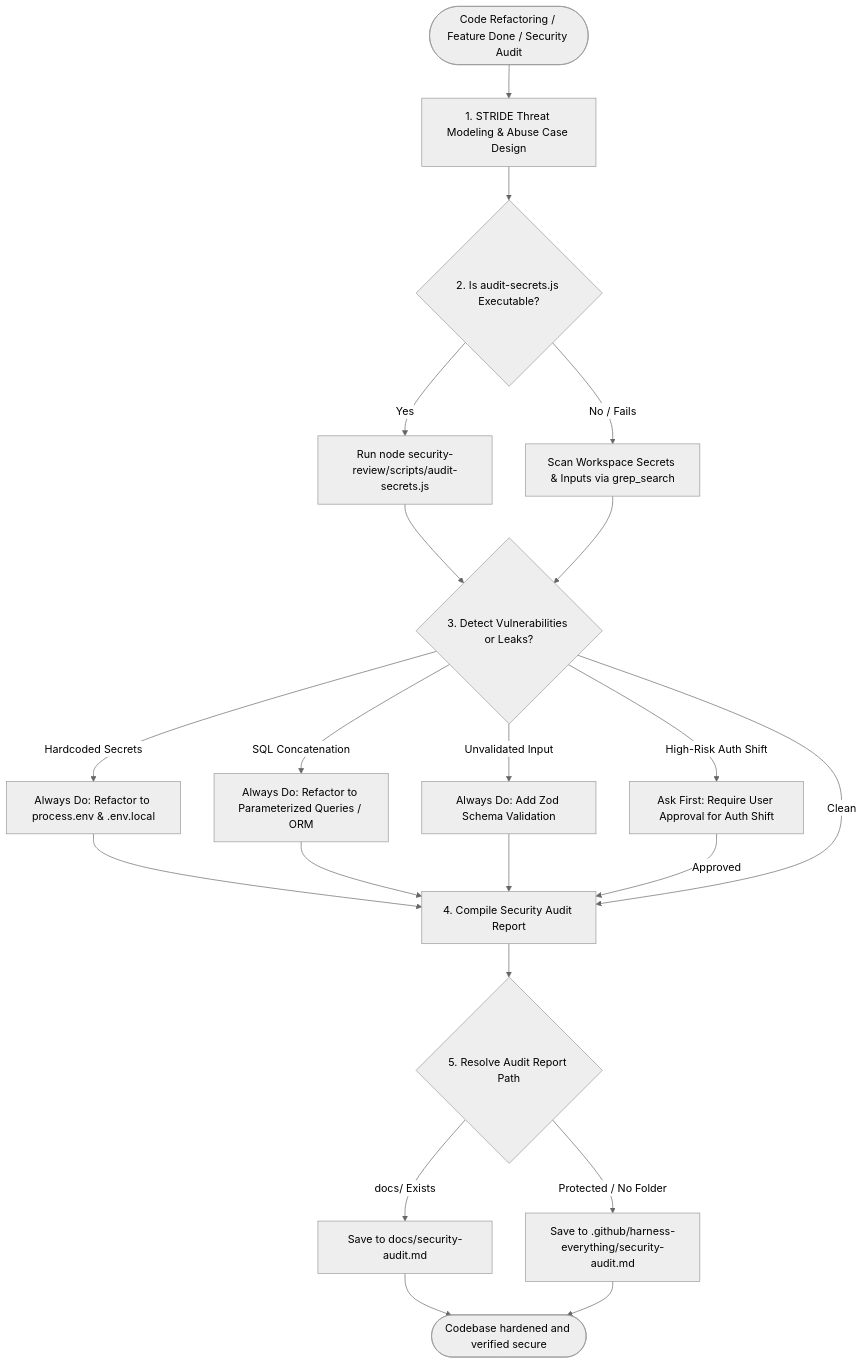
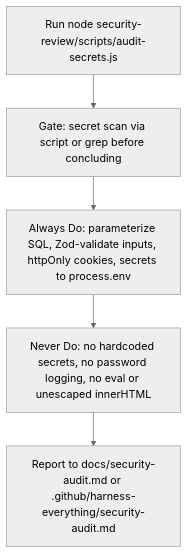
One commit to dyphn1/Harness-everything changed the second of 4 diagrams in docs/workflows/security-review.md. Above: the diagram before and after it, drawn with Mermaid (neutral theme). The commit also changed other lines of this file and 16 other files, not shown here.

````diff
--- a/docs/workflows/security-review.md
+++ b/docs/workflows/security-review.md
@@ -11,29 +19,7 @@
 ```mermaid
 graph TD
-  Start([Code Refactoring / Feature Done / Security Audit]) --> STRIDE["1. STRIDE Threat Modeling & Abuse Case Design"]
-  STRIDE --> CheckScript{2. Is audit-secrets.js Executable?}
-  
-  CheckScript -->|Yes| RunAudit["Run node security-review/scripts/audit-secrets.js"]
-  CheckScript -->|No / Fails| GrepFallback["Scan Workspace Secrets & Inputs via grep_search"]
-  
-  RunAudit --> CheckVun{3. Detect Vulnerabilities or Leaks?}
-  GrepFallback --> CheckVun
-  
-  CheckVun -->|Hardcoded Secrets| FixSecrets["Always Do: Refactor to process.env & .env.local"]
-  CheckVun -->|SQL Concatenation| FixSQL["Always Do: Refactor to Parameterized Queries / ORM"]
-  CheckVun -->|Unvalidated Input| FixInput["Always Do: Add Zod Schema Validation"]
-  CheckVun -->|High-Risk Auth Shift| AskUser["Ask First: Require User Approval for Auth Shift"]
-  
-  FixSecrets --> CompileSecurityReport["4. Compile Security Audit Report"]
-  FixSQL --> CompileSecurityReport
-  FixInput --> CompileSecurityReport
-  AskUser -->|Approved| CompileSecurityReport
-  CheckVun -->|Clean| CompileSecurityReport
-  
-  CompileSecurityReport --> ResolveReportPath{5. Resolve Audit Report Path}
-  ResolveReportPath -->|docs/ Exists| WriteDocs["Save to docs/security-audit.md"]
-  ResolveReportPath -->|Protected / No Folder| WritePlatform["Save to .github/harness-everything/security-audit.md"]
-  
-  WriteDocs --> End([Codebase hardened and verified secure])
-  WritePlatform --> End
+  ScanCmd["Run node security-review/scripts/audit-secrets.js"] --> ScanGate["Gate: secret scan via script or grep before concluding"]
+  ScanGate --> AlwaysDo["Always Do: parameterize SQL, Zod-validate inputs, httpOnly cookies, secrets to process.env"]
+  AlwaysDo --> NeverDo["Never Do: no hardcoded secrets, no password logging, no eval or unescaped innerHTML"]
+  NeverDo --> ReportPath["Report to docs/security-audit.md or .github/harness-everything/security-audit.md"]
 ```
````
